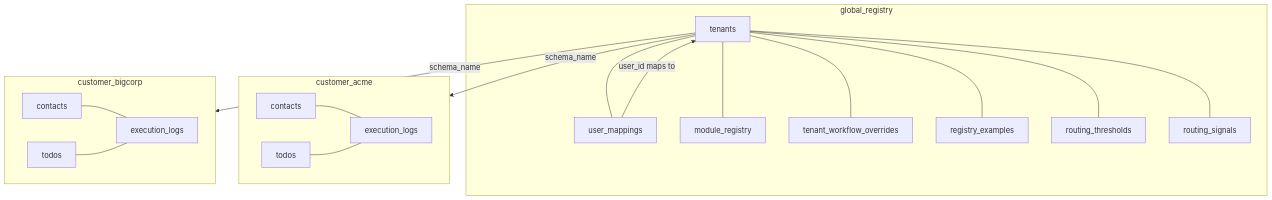
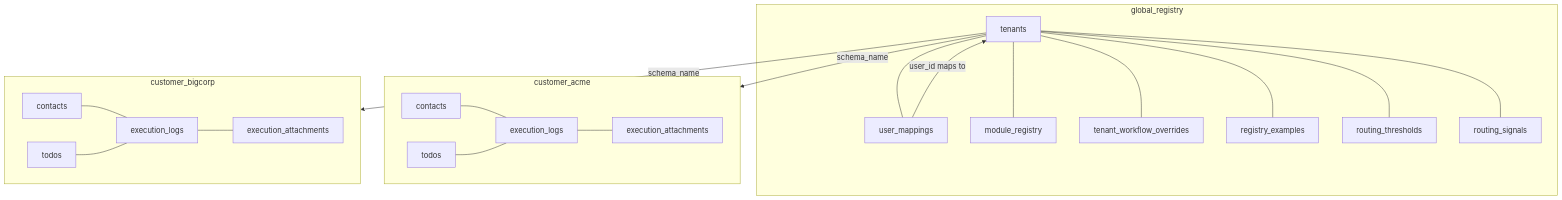
One commit to ndrean/reactor-crm_ex changed the sixth of 7 diagrams in README.md. Above: the diagram before and after it, drawn with Mermaid. The commit also changed other lines of this file, not shown here.

````diff
--- a/README.md
+++ b/README.md
@@ -194,22 +197,24 @@
 ```mermaid
 graph TB
     subgraph global_registry
         T[tenants] --- UM[user_mappings]
         T --- MR[module_registry]
         T --- TWO[tenant_workflow_overrides]
         T --- RE[registry_examples]
         T --- RT[routing_thresholds]
         T --- RS[routing_signals]
     end
     subgraph customer_acme
         C1[contacts] --- E1[execution_logs]
         T1[todos] --- E1
+        E1 --- EA1[execution_attachments]
     end
     subgraph customer_bigcorp
         C2[contacts] --- E2[execution_logs]
         T2[todos] --- E2
+        E2 --- EA2[execution_attachments]
     end
     UM -->|user_id maps to| T
     T -->|schema_name| customer_acme
     T -->|schema_name| customer_bigcorp
 ```
````
